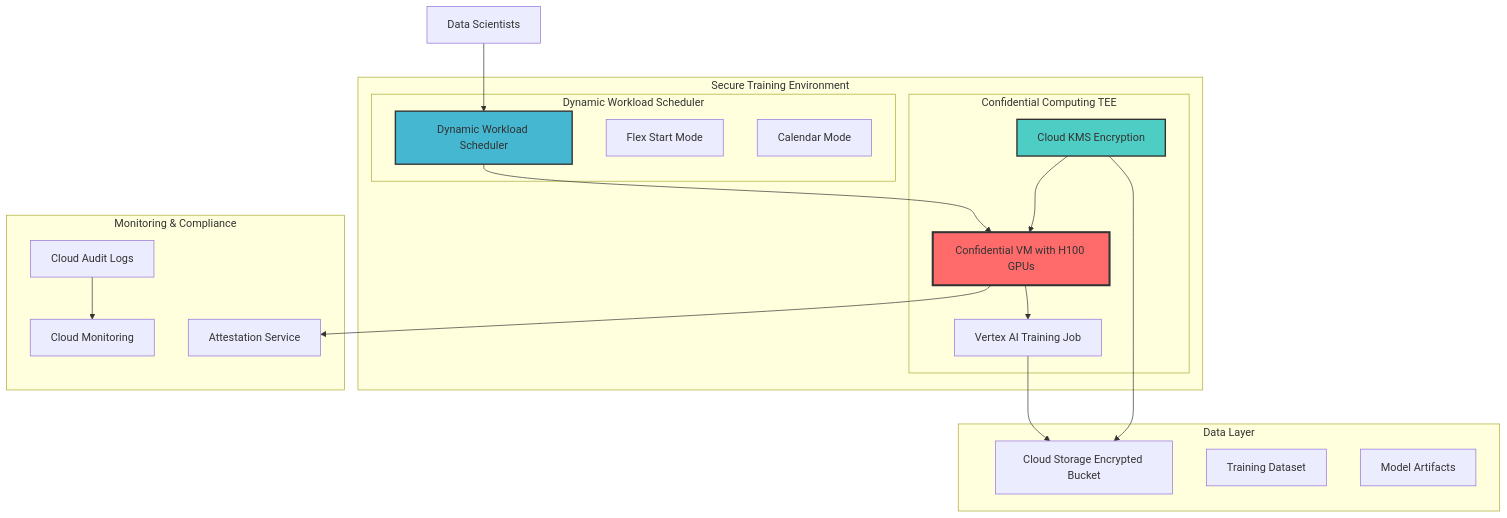
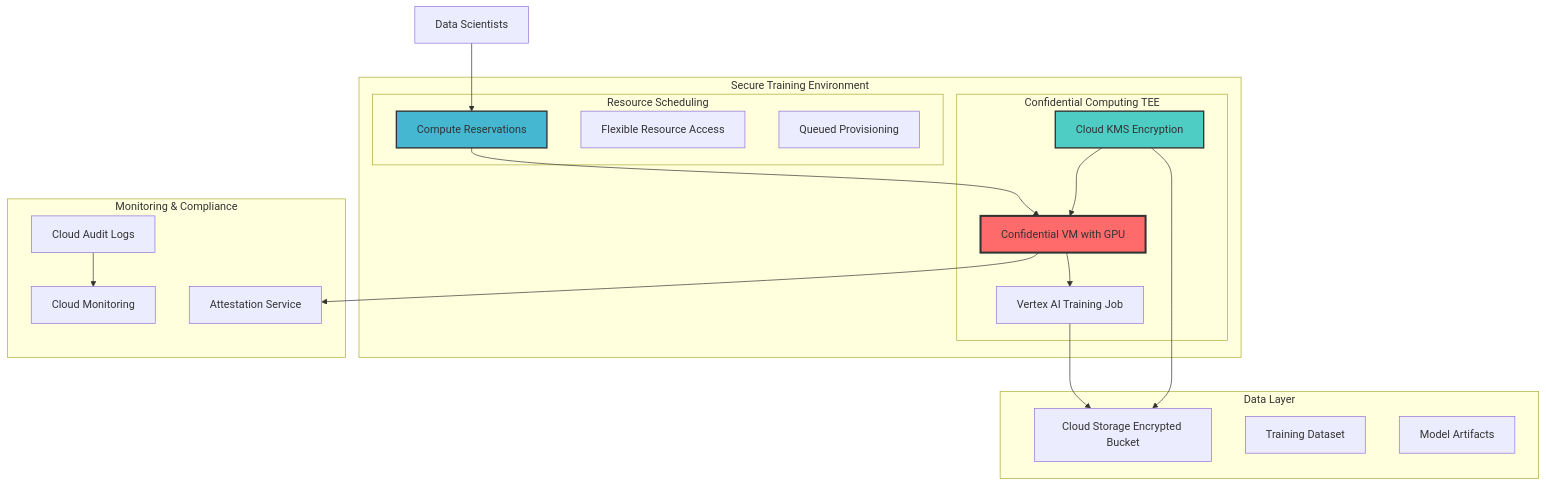
One commit to mzazon/awesome-cloud-projects changed the diagram in gcp/secure-ai-model-training-workflows-dynamic-workload-scheduler-confidential-computing/secure-ai-model-training-workflows-dynamic-workload-scheduler-confidential-computing.md. Above: the diagram before and after it, drawn with Mermaid. The commit also changed other lines of this file and 5581 other files, not shown here.

````diff
--- a/gcp/secure-ai-model-training-workflows-dynamic-workload-scheduler-confidential-computing/secure-ai-model-training-workflows-dynamic-workload-scheduler-confidential-computing.md
+++ b/gcp/secure-ai-model-training-workflows-dynamic-workload-scheduler-confidential-computing/secure-ai-model-training-workflows-dynamic-workload-scheduler-confidential-computing.md
@@ -30,41 +30,41 @@
 ```mermaid
 graph TB
     subgraph "Secure Training Environment"
         subgraph "Confidential Computing TEE"
-            CONF_VM[Confidential VM with H100 GPUs]
+            CONF_VM[Confidential VM with GPU]
             KMS_KEY[Cloud KMS Encryption]
             VERTEX[Vertex AI Training Job]
         end
         
-        subgraph "Dynamic Workload Scheduler"
-            DWS[Dynamic Workload Scheduler]
-            FLEX[Flex Start Mode]
-            CAL[Calendar Mode]
+        subgraph "Resource Scheduling"
+            RESERVATION[Compute Reservations]
+            FLEX[Flexible Resource Access]
+            QUEUE[Queued Provisioning]
         end
     end
     
     subgraph "Data Layer"
         BUCKET[Cloud Storage Encrypted Bucket]
         DATASET[Training Dataset]
         MODEL[Model Artifacts]
     end
     
     subgraph "Monitoring & Compliance"
         AUDIT[Cloud Audit Logs]
         MONITOR[Cloud Monitoring]
         ATTEST[Attestation Service]
     end
     
-    USER[Data Scientists] --> DWS
-    DWS --> CONF_VM
+    USER[Data Scientists] --> RESERVATION
+    RESERVATION --> CONF_VM
     CONF_VM --> VERTEX
     VERTEX --> BUCKET
     KMS_KEY --> BUCKET
     KMS_KEY --> CONF_VM
     CONF_VM --> ATTEST
     AUDIT --> MONITOR
     
     style CONF_VM fill:#FF6B6B,stroke:#333,stroke-width:3px
     style KMS_KEY fill:#4ECDC4,stroke:#333,stroke-width:2px
-    style DWS fill:#45B7D1,stroke:#333,stroke-width:2px
+    style RESERVATION fill:#45B7D1,stroke:#333,stroke-width:2px
 ```
````
